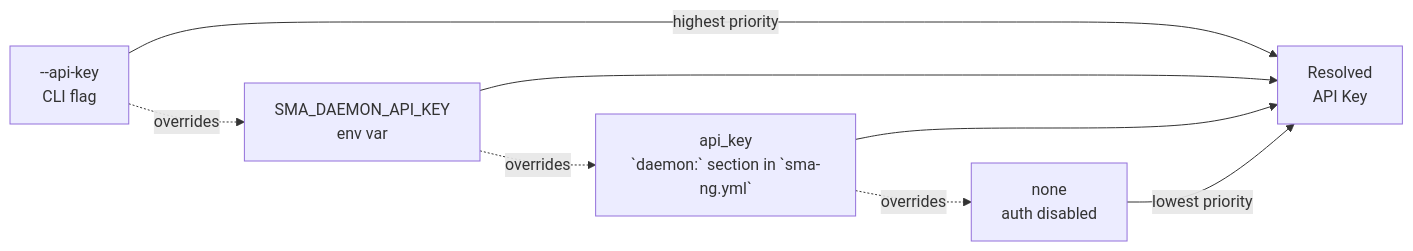
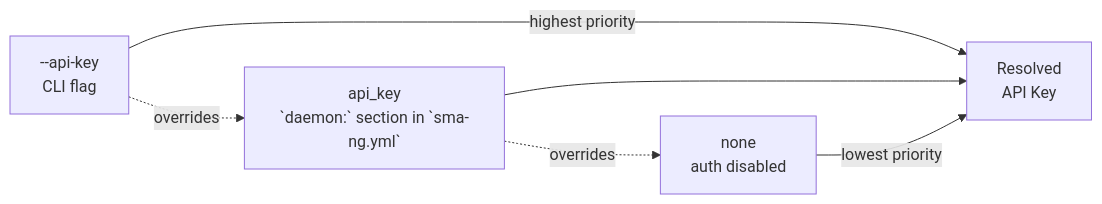
One commit to newdave/sma-ng changed the first of 3 diagrams in docs/daemon.md. Above: the diagram before and after it, drawn with Mermaid. The commit also changed other lines of this file and 73 other files, not shown here.

````diff
--- a/docs/daemon.md
+++ b/docs/daemon.md
@@ -140,8 +139,7 @@
 ```mermaid
 flowchart LR
     A["--api-key\nCLI flag"] -->|highest priority| V["Resolved\nAPI Key"]
-    B["SMA_DAEMON_API_KEY\nenv var"] --> V
     C["api_key\n`daemon:` section in `sma-ng.yml`"] --> V
     D["none\nauth disabled"] -->|lowest priority| V
-    A -.->|overrides| B -.->|overrides| C -.->|overrides| D
+    A -.->|overrides| C -.->|overrides| D
 ```
````
